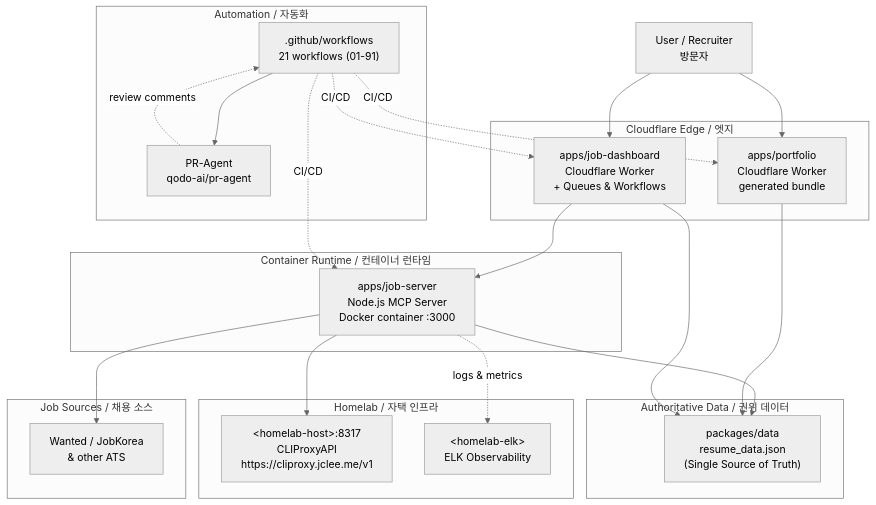
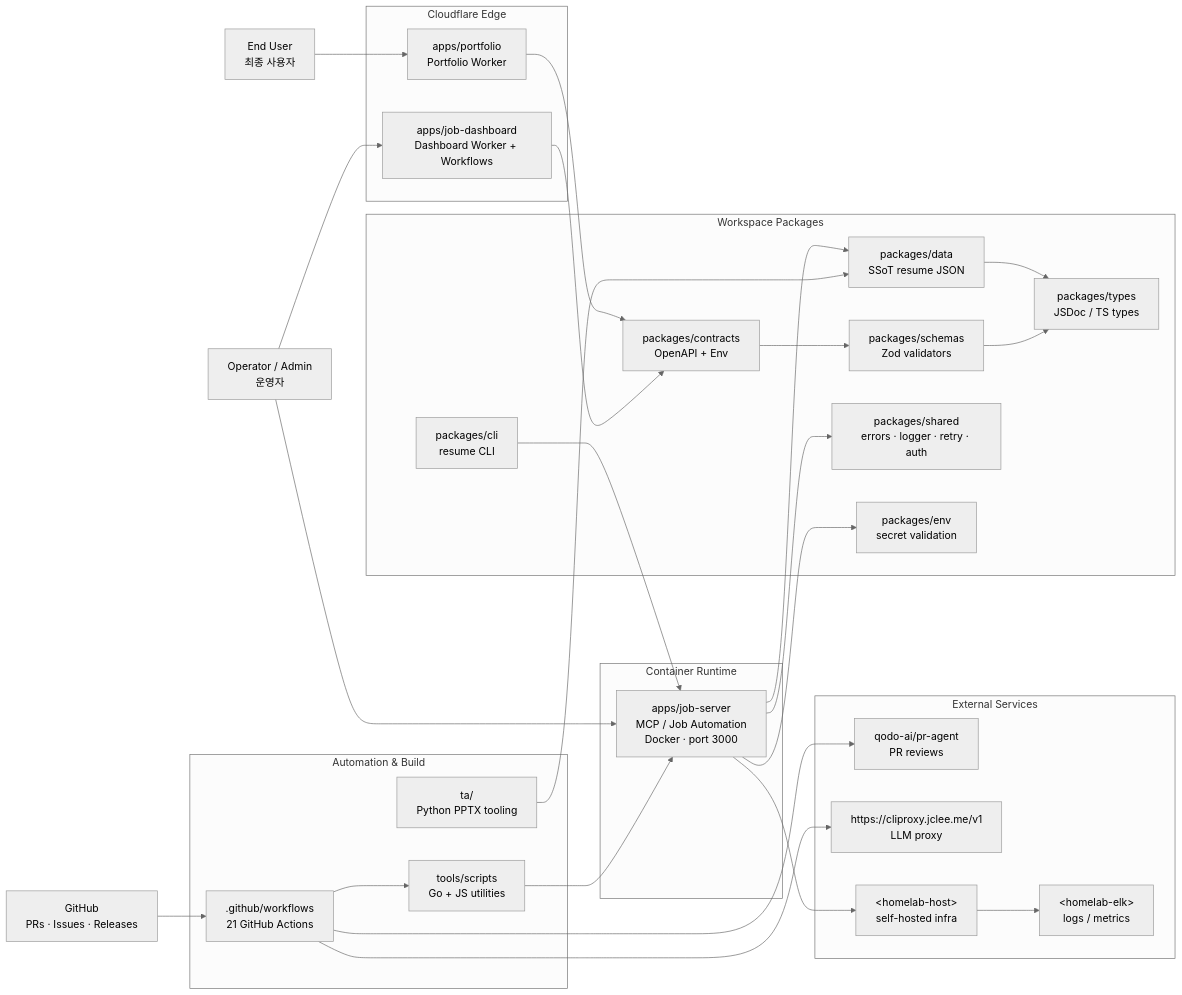
The diagram in README.md (jclee941/resume), drawn with Mermaid (neutral theme) before and after one commit. The commit also changed other lines of this file, not shown here.

Commit message:
docs: auto-update README.md

````diff
--- a/README.md
+++ b/README.md
@@ -95,46 +71,59 @@
 ```mermaid
-flowchart TB
-    User["User / Recruiter<br/>방문자"]
+flowchart LR
+    User["End User<br/>최종 사용자"]
+    Admin["Operator / Admin<br/>운영자"]
+    GitHub["GitHub<br/>PRs · Issues · Releases"]
 
-    subgraph EDGE["Cloudflare Edge / 엣지"]
-        Portfolio["apps/portfolio<br/>Cloudflare Worker<br/>generated bundle"]
-        Dashboard["apps/job-dashboard<br/>Cloudflare Worker<br/>+ Queues &amp; Workflows"]
+    subgraph Edge["Cloudflare Edge"]
+        Portfolio["apps/portfolio<br/>Portfolio Worker"]
+        Dashboard["apps/job-dashboard<br/>Dashboard Worker + Workflows"]
     end
 
-    subgraph RUNTIME["Container Runtime / 컨테이너 런타임"]
-        MCPServer["apps/job-server<br/>Node.js MCP Server<br/>Docker container :3000"]
+    subgraph Runtime["Container Runtime"]
+        JobServer["apps/job-server<br/>MCP / Job Automation<br/>Docker · port 3000"]
     end
 
-    subgraph HOMELAB["Homelab / 자택 인프라"]
-        CLIProxy["&lt;homelab-host&gt;:8317<br/>CLIProxyAPI<br/>https://cliproxy.jclee.me/v1"]
-        ELK["&lt;homelab-elk&gt;<br/>ELK Observability"]
+    subgraph Packages["Workspace Packages"]
+        Data["packages/data<br/>SSoT resume JSON"]
+        Types["packages/types<br/>JSDoc / TS types"]
+        Schemas["packages/schemas<br/>Zod validators"]
+        Contracts["packages/contracts<br/>OpenAPI + Env"]
+        Shared["packages/shared<br/>errors · logger · retry · auth"]
+        PkgEnv["packages/env<br/>secret validation"]
+        CLI["packages/cli<br/>resume CLI"]
     end
 
-    subgraph DATA["Authoritative Data / 권위 데이터"]
-        SSoT["packages/data<br/>resume_data.json<br/>(Single Source of Truth)"]
+    subgraph Tooling["Automation & Build"]
+        Scripts["tools/scripts<br/>Go + JS utilities"]
+        Workflows[".github/workflows<br/>21 GitHub Actions"]
+        TA["ta/<br/>Python PPTX tooling"]
     end
 
-    subgraph JOB["Job Sources / 채용 소스"]
-        JobSites["Wanted / JobKorea<br/>&amp; other ATS"]
-    end
-
-    subgraph AUTO["Automation / 자동화"]
-        Actions[".github/workflows<br/>21 workflows (01-91)"]
-        PRAgent["PR-Agent<br/>qodo-ai/pr-agent"]
+    subgraph External["External Services"]
+        PRAgent["qodo-ai/pr-agent<br/>PR reviews"]
+        CLIProxy["https://cliproxy.jclee.me/v1<br/>LLM proxy"]
+        Homelab["&lt;homelab-host&gt;<br/>self-hosted infra"]
+        ELK["&lt;homelab-elk&gt;<br/>logs / metrics"]
     end
 
     User --> Portfolio
-    User --> Dashboard
-    Dashboard --> MCPServer
-    MCPServer --> CLIProxy
-    MCPServer --> JobSites
-    MCPServer --> SSoT
-    MCPServer -. logs &amp; metrics .-> ELK
-    Portfolio --> SSoT
-    Dashboard --> SSoT
-    Actions -. CI/CD .-> Portfolio
-    Actions -. CI/CD .-> Dashboard
-    Actions -. CI/CD .-> MCPServer
-    Actions --> PRAgent
-    PRAgent -. review comments .-> Actions
+    Admin --> Dashboard
+    Admin --> JobServer
+    GitHub --> Workflows
+    Workflows --> PRAgent
+    Workflows --> CLIProxy
+    Workflows --> Scripts
+    Scripts --> JobServer
+    Portfolio --> Contracts
+    Dashboard --> Contracts
+    JobServer --> Shared
+    JobServer --> Data
+    JobServer --> PkgEnv
+    Data --> Types
+    Schemas --> Types
+    Contracts --> Schemas
+    CLI --> JobServer
+    TA --> Data
+    JobServer --> Homelab
+    Homelab --> ELK
 ```
````
